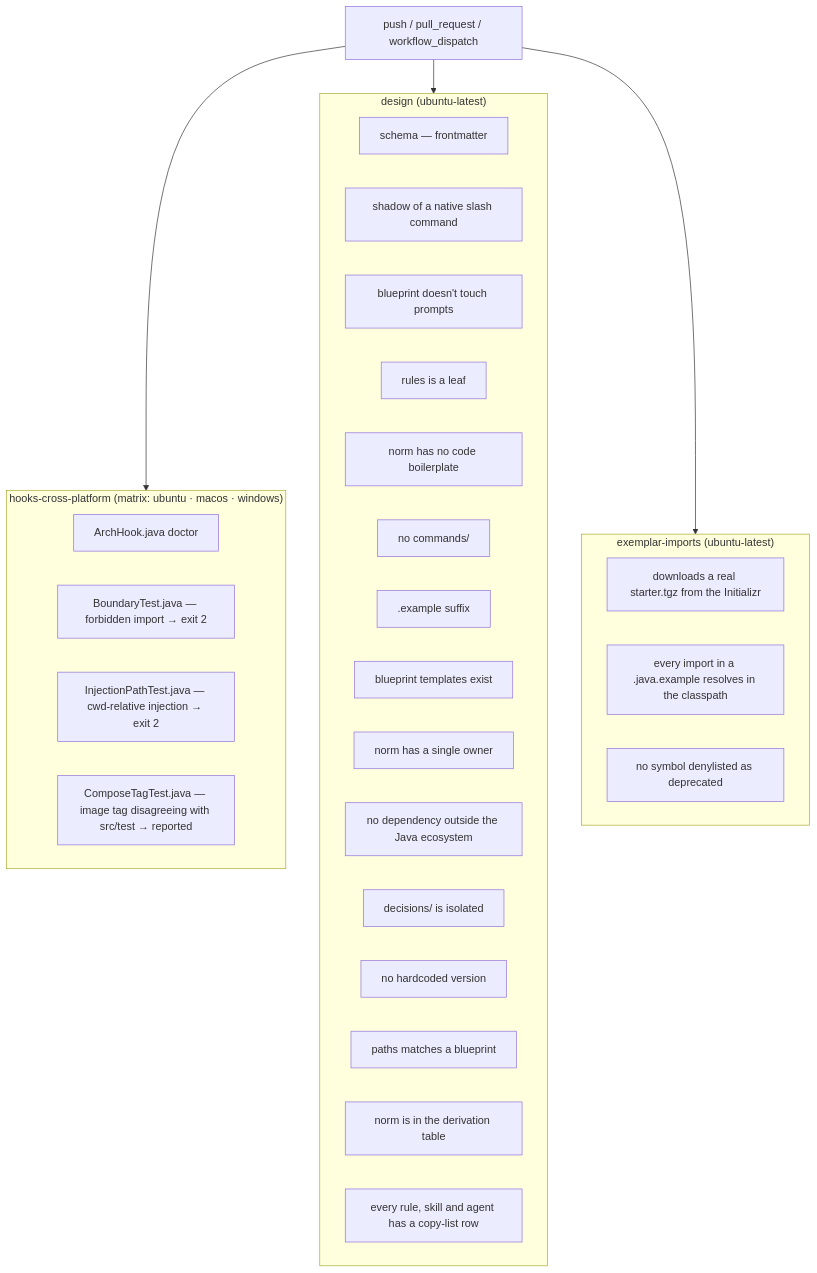
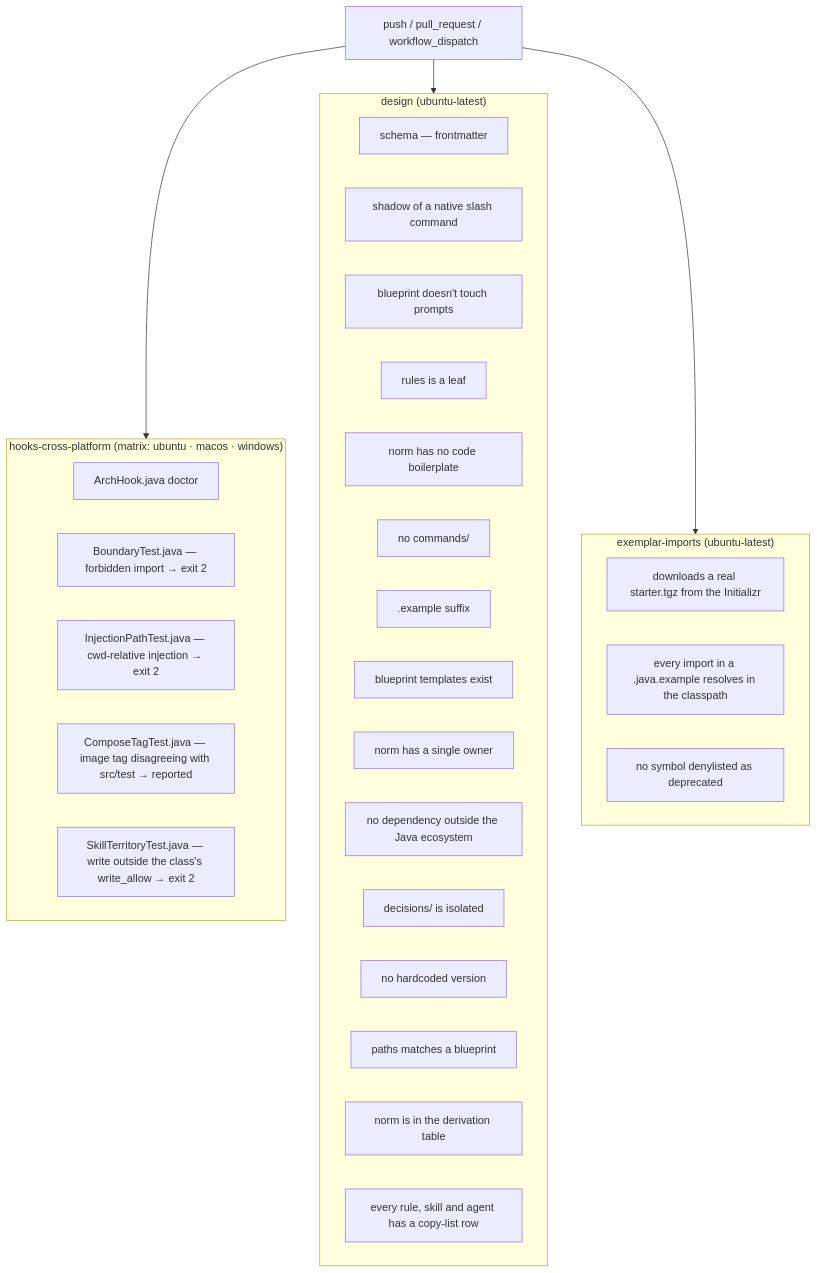
One commit to ice-lfernandes/claude-spring-architect changed the diagram in docs/en/07-ci-validate.md. Above: the diagram before and after it, drawn with Mermaid. The commit also changed other lines of this file and 22 other files, not shown here.

````diff
--- a/docs/en/07-ci-validate.md
+++ b/docs/en/07-ci-validate.md
@@ -17,37 +17,38 @@
 ```mermaid
 flowchart TD
     T[push / pull_request / workflow_dispatch] --> J1
     T --> J2
     T --> J3
 
     subgraph J1["hooks-cross-platform (matrix: ubuntu · macos · windows)"]
         H1[ArchHook.java doctor]
         H2[BoundaryTest.java — forbidden import → exit 2]
         H3[InjectionPathTest.java — cwd-relative injection → exit 2]
         H4[ComposeTagTest.java — image tag disagreeing with src/test → reported]
+        H5[SkillTerritoryTest.java — write outside the class's write_allow → exit 2]
     end
 
     subgraph J2["design (ubuntu-latest)"]
         D1[schema — frontmatter]
         D3[shadow of a native slash command]
         D4[blueprint doesn't touch prompts]
         D5[rules is a leaf]
         D6[norm has no code boilerplate]
         D7[no commands/]
         D8[.example suffix]
         D9[blueprint templates exist]
         D10[norm has a single owner]
         D11[no dependency outside the Java ecosystem]
         D12[decisions/ is isolated]
         D13[no hardcoded version]
         D14[paths matches a blueprint]
         D15[norm is in the derivation table]
         D16[every rule, skill and agent has a copy-list row]
     end
 
     subgraph J3["exemplar-imports (ubuntu-latest)"]
         E1[downloads a real starter.tgz from the Initializr]
         E2[every import in a .java.example resolves in the classpath]
         E3[no symbol denylisted as deprecated]
     end
 ```
````
